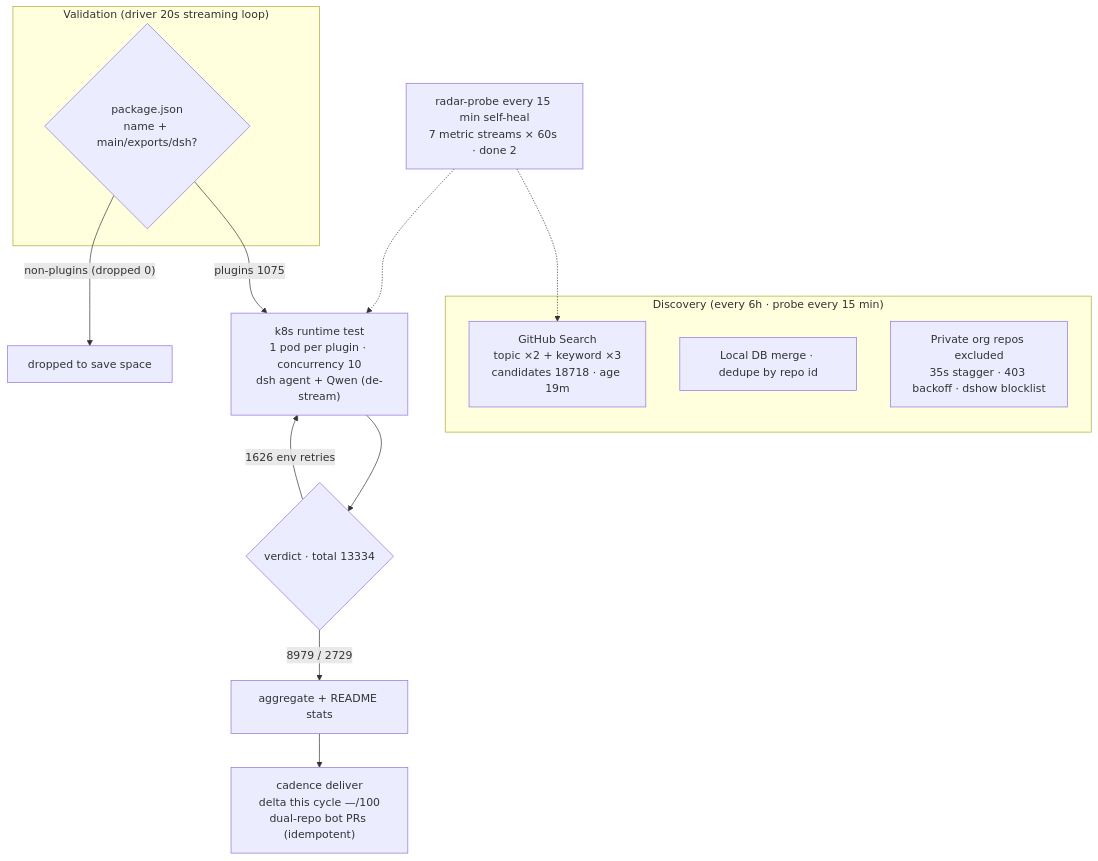
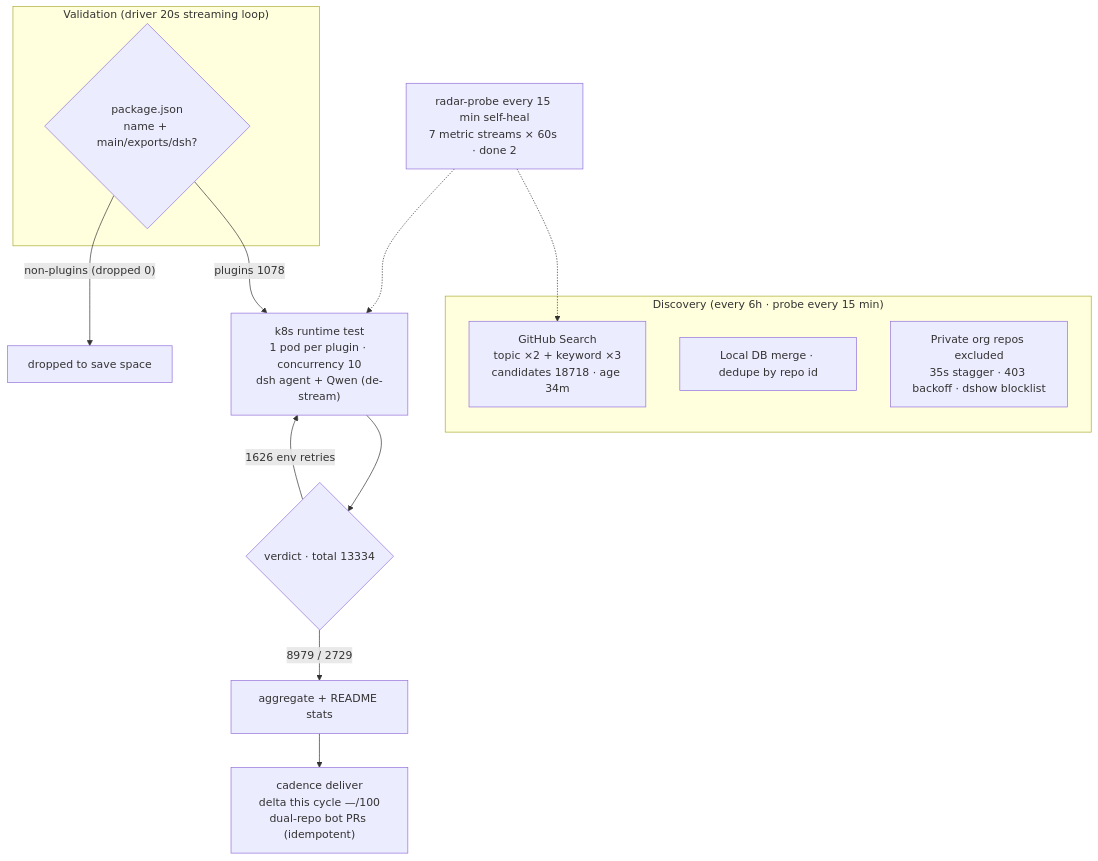
The diagram in README.en-US.md (AdamPlatin123/dsh-plugin-radar), drawn with Mermaid before and after one commit. The commit also changed other lines of this file and 5 other files, not shown here.

````diff
--- a/README.en-US.md
+++ b/README.en-US.md
@@ -45,20 +45,20 @@
 ```mermaid
 flowchart TB
     subgraph Discovery["Discovery (every 6h · probe every 15 min)"]
-        A1["GitHub Search<br/>topic ×2 + keyword ×3<br/>candidates 18718 · age 19m"]
+        A1["GitHub Search<br/>topic ×2 + keyword ×3<br/>candidates 18718 · age 34m"]
         A2["Local DB merge · dedupe by repo id"]
         A3["Private org repos excluded<br/>35s stagger · 403 backoff · dshow blocklist"]
     end
     subgraph Validation["Validation (driver 20s streaming loop)"]
         B1{"package.json<br/>name + main/exports/dsh?"}
     end
-    B1 -->|"plugins 1075"| C1["k8s runtime test<br/>1 pod per plugin · concurrency 10<br/>dsh agent + Qwen (de-stream)"]
+    B1 -->|"plugins 1078"| C1["k8s runtime test<br/>1 pod per plugin · concurrency 10<br/>dsh agent + Qwen (de-stream)"]
     B1 -->|"non-plugins (dropped 0)"| B3["dropped to save space"]
     C1 --> D1{"verdict · total 13334"}
     D1 -->|"8979 / 2729"| E1["aggregate + README stats"]
     D1 -->|"1626 env retries"| C1
     E1 --> E2["cadence deliver<br/>delta this cycle —/100<br/>dual-repo bot PRs (idempotent)"]
     M["radar-probe every 15 min self-heal<br/>7 metric streams × 60s · done 2"]
     M -.-> A1
     M -.-> C1
 ```
````
